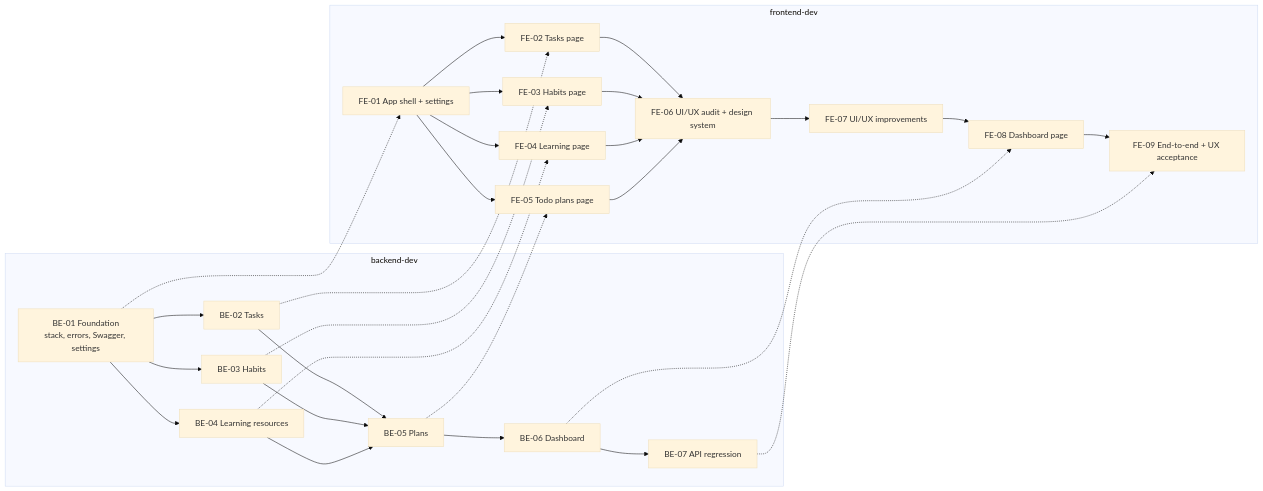
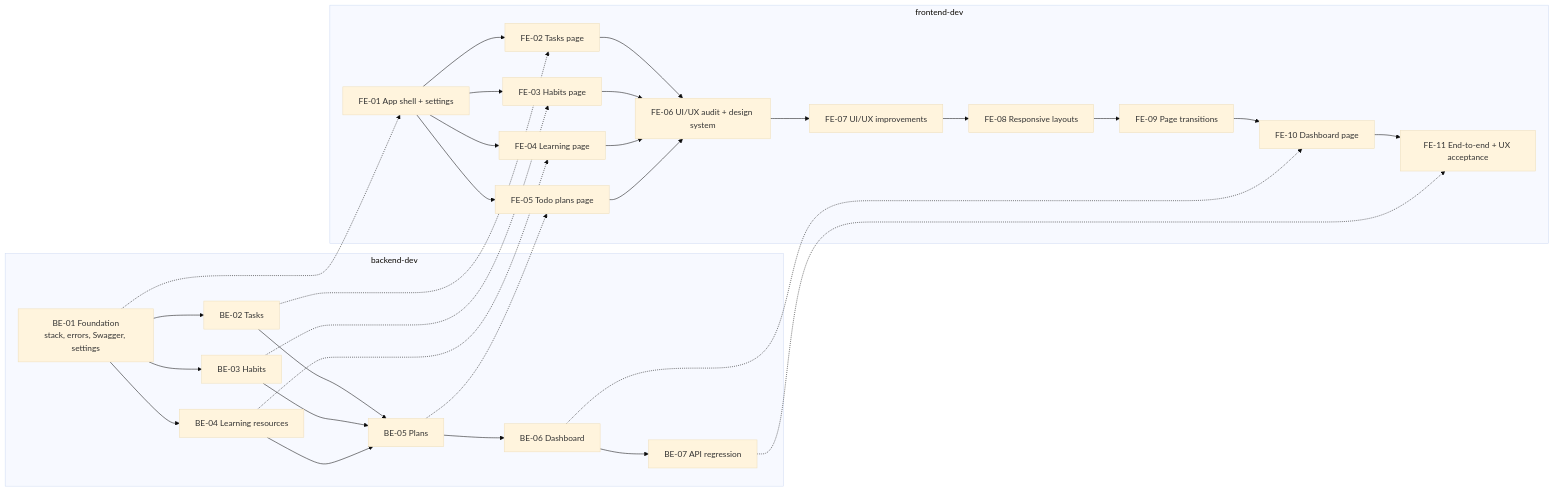
The diagram in loops/orchestrator/outputs/phase-02-dependency-graph.md (omarwt/quickflow), drawn with Mermaid (base theme) before and after one commit. The commit also changed other lines of this file and 109 other files, not shown here.

````diff
--- a/loops/orchestrator/outputs/phase-02-dependency-graph.md
+++ b/loops/orchestrator/outputs/phase-02-dependency-graph.md
@@ -20,34 +20,36 @@
 ```mermaid
 flowchart LR
   subgraph backend-dev
     BE01[BE-01 Foundation<br/>stack, errors, Swagger, settings]
     BE02[BE-02 Tasks]
     BE03[BE-03 Habits]
     BE04[BE-04 Learning resources]
     BE05[BE-05 Plans]
     BE06[BE-06 Dashboard]
     BE07[BE-07 API regression]
   end
   subgraph frontend-dev
     FE01[FE-01 App shell + settings]
     FE02[FE-02 Tasks page]
     FE03[FE-03 Habits page]
     FE04[FE-04 Learning page]
     FE05[FE-05 Todo plans page]
     FE06[FE-06 UI/UX audit + design system]
     FE07[FE-07 UI/UX improvements]
-    FE08[FE-08 Dashboard page]
-    FE09[FE-09 End-to-end + UX acceptance]
+    FE08[FE-08 Responsive layouts]
+    FE09[FE-09 Page transitions]
+    FE10[FE-10 Dashboard page]
+    FE11[FE-11 End-to-end + UX acceptance]
   end
   BE01 --> BE02 & BE03 & BE04
   BE02 & BE03 & BE04 --> BE05 --> BE06 --> BE07
   FE01 --> FE02 & FE03 & FE04 & FE05
-  FE02 & FE03 & FE04 & FE05 --> FE06 --> FE07 --> FE08 --> FE09
+  FE02 & FE03 & FE04 & FE05 --> FE06 --> FE07 --> FE08 --> FE09 --> FE10 --> FE11
   BE01 -.-> FE01
   BE02 -.-> FE02
   BE03 -.-> FE03
   BE04 -.-> FE04
   BE05 -.-> FE05
-  BE06 -.-> FE08
-  BE07 -.-> FE09
+  BE06 -.-> FE10
+  BE07 -.-> FE11
 ```
````
